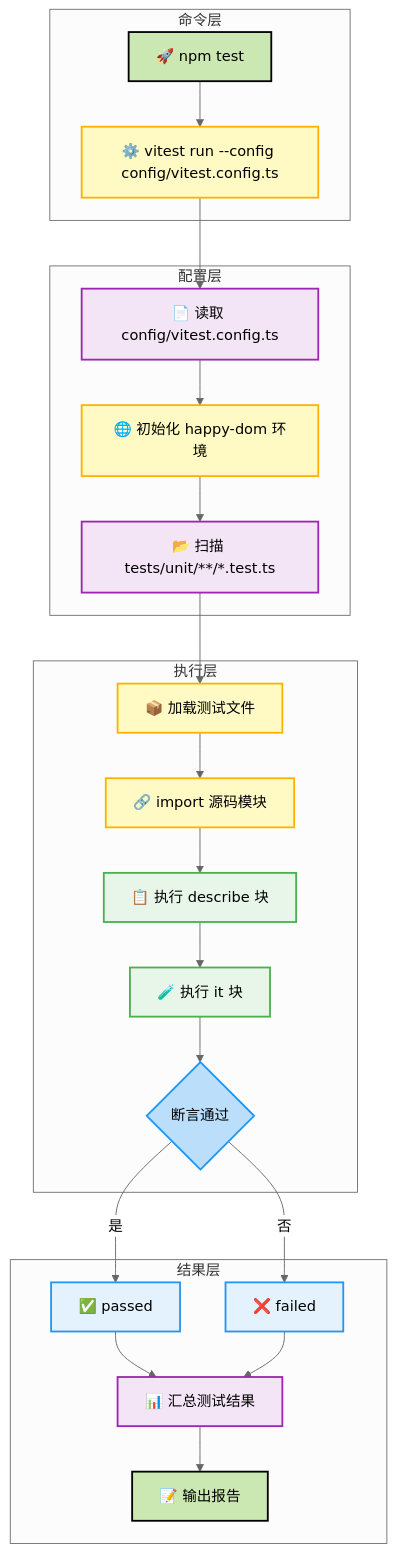
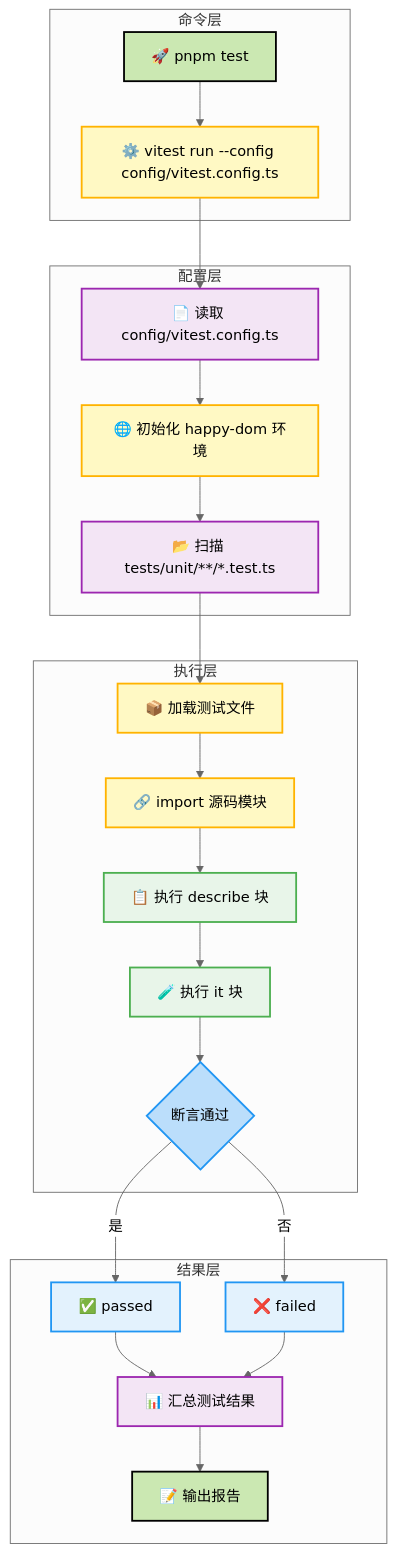
The first of 9 diagrams in docs/TESTING_WORKFLOW.md (yuukiLike/iframe-link), drawn with Mermaid (neutral theme) before and after one commit. The commit also changed other lines of this file and 12 other files, not shown here.

````diff
--- a/docs/TESTING_WORKFLOW.md
+++ b/docs/TESTING_WORKFLOW.md
@@ -11,45 +11,45 @@
 ```mermaid
 flowchart TD
     subgraph 命令层
-        A[🚀 npm test]:::startNode
+        A[🚀 pnpm test]:::startNode
         B[⚙️ vitest run --config config/vitest.config.ts]:::apiCall
     end
 
     subgraph 配置层
         C[📄 读取 config/vitest.config.ts]:::dataDisplay
         D[🌐 初始化 happy-dom 环境]:::apiCall
         E[📂 扫描 tests/unit/**/*.test.ts]:::dataDisplay
     end
 
     subgraph 执行层
         F[📦 加载测试文件]:::apiCall
         G[🔗 import 源码模块]:::apiCall
         H[📋 执行 describe 块]:::userAction
         I[🧪 执行 it 块]:::userAction
         J{断言通过}:::condition
     end
 
     subgraph 结果层
         K[✅ passed]:::statusDisplay
         L[❌ failed]:::statusDisplay
         M[📊 汇总测试结果]:::dataDisplay
         N[📝 输出报告]:::endNode
     end
 
     A --> B
     B --> C --> D --> E
     E --> F --> G --> H --> I --> J
     J -->|是| K
     J -->|否| L
     K --> M
     L --> M
     M --> N
 
     classDef startNode fill:#CBE8B2,stroke:#000,stroke-width:2px,color:#000
     classDef endNode fill:#CBE8B2,stroke:#000,stroke-width:2px,color:#000
     classDef apiCall fill:#FFF9C4,stroke:#FFB300,stroke-width:2px,color:#000
     classDef dataDisplay fill:#F3E5F5,stroke:#9C27B0,stroke-width:2px,color:#000
     classDef userAction fill:#E8F5E9,stroke:#4CAF50,stroke-width:2px,color:#000
     classDef statusDisplay fill:#E3F2FD,stroke:#2196F3,stroke-width:2px,color:#000
     classDef condition fill:#BBDEFB,stroke:#2196F3,stroke-width:2px,color:#000
 ```
````
